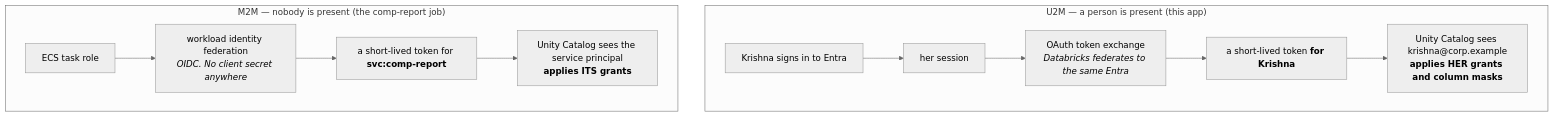
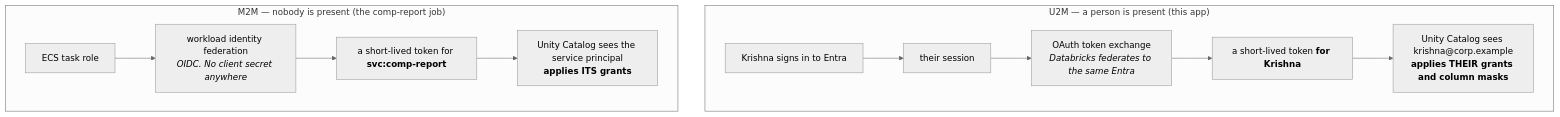
The third of 3 diagrams in README.md (KRISHNABR/insights-headcount-dashboard), drawn with Mermaid (neutral theme) before and after one commit. The commit also changed other lines of this file, not shown here.

Commit message:
Rename the remaining demo people
  sam   -> vidya    Vidya Raman      People Analytics + comp-analyst; grant approver
  raj   -> lokesh   Lokesh Iyer      People Analytics, no comp-analyst; the masking proof
  priya -> suraj    Suraj Pillai     platform team; break-glass operator
  lena  -> kishore  Kishore Nambiar  Engineering; directory and compensation only

Applied across the stub directory, the warehouse seed, the REST stub, grants.yaml,
the tests, the CI workflow and every doc, so a login, the directory row and the
compensation row are always the same person.

Roles were kept pinned to the right person rather than to the name. Vidya still
approves the compensation grant and Suraj is still the break-glass operator, so
the second-approver invariant -- approver and operator must differ -- still holds.

Also drops assumed pronouns from the persona comments; these are fictional demo
users and nothing states their pronouns.

Verified: 55 tests, and the masking demonstration still inverts -- with
roles: [comp-analyst] on the grant the job reads salaries, without it the same job
gets *** and computes nothing.

````diff
--- a/README.md
+++ b/README.md
@@ -209,15 +209,15 @@
 ```mermaid
 flowchart TB
   subgraph U["U2M — a person is present (this app)"]
-    UA["Krishna signs in to Entra"] --> UB["her session"]
+    UA["Krishna signs in to Entra"] --> UB["their session"]
     UB --> UC1["OAuth token exchange<br/><i>Databricks federates to the same Entra</i>"]
     UC1 --> UD["a short-lived token <b>for Krishna</b>"]
-    UD --> UE["Unity Catalog sees krishna@corp.example<br/><b>applies HER grants and column masks</b>"]
+    UD --> UE["Unity Catalog sees krishna@corp.example<br/><b>applies THEIR grants and column masks</b>"]
   end
 
   subgraph M["M2M — nobody is present (the comp-report job)"]
     MA["ECS task role"] --> MB["workload identity federation<br/><i>OIDC. No client secret anywhere</i>"]
     MB --> MC["a short-lived token for <b>svc:comp-report</b>"]
     MC --> MD["Unity Catalog sees the service principal<br/><b>applies ITS grants</b>"]
   end
 ```
````
